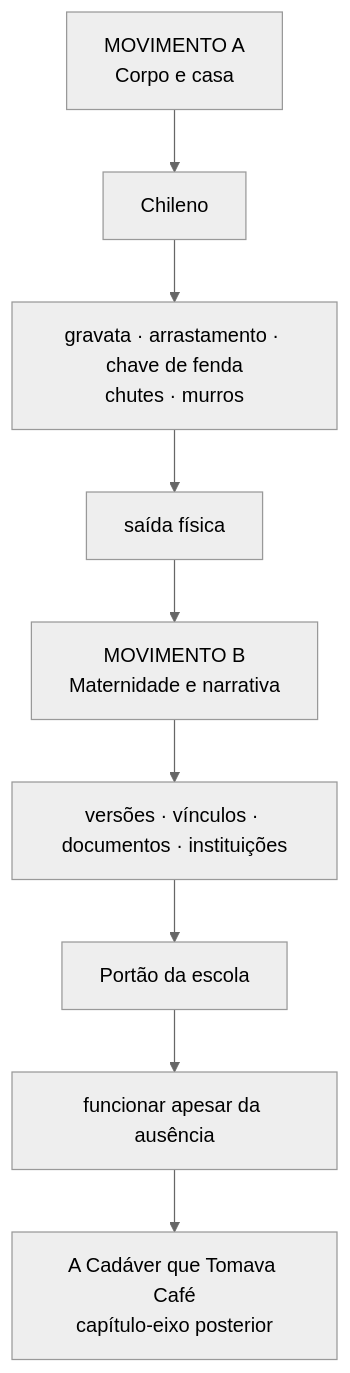
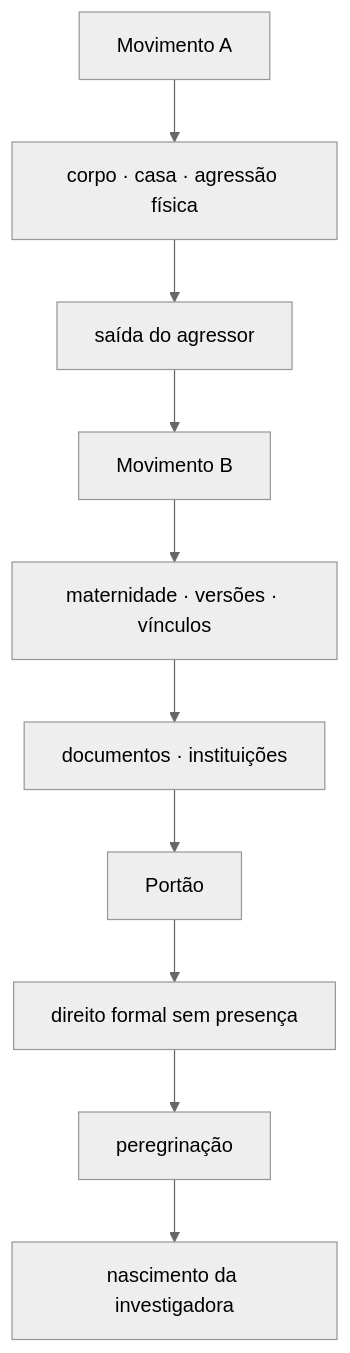
Before and after one commit to Sollimastudio/trilogia-sol-lima: the fourth of 5 diagrams in 01_MORTE_EM_VIDA/MAPA_VISUAL_PARTE_III_ATUAL.md, drawn with Mermaid (neutral theme). The commit also changed other lines of this file, not shown here.

````diff
--- a/01_MORTE_EM_VIDA/MAPA_VISUAL_PARTE_III_ATUAL.md
+++ b/01_MORTE_EM_VIDA/MAPA_VISUAL_PARTE_III_ATUAL.md
@@ -39,11 +46,12 @@
 ```mermaid
 flowchart TD
-A[MOVIMENTO A\nCorpo e casa] --> B[Chileno]
-B --> C[gravata · arrastamento · chave de fenda\nchutes · murros]
-C --> D[saída física]
-D --> E[MOVIMENTO B\nMaternidade e narrativa]
-E --> F[versões · vínculos · documentos · instituições]
-F --> G[Portão da escola]
-G --> H[funcionar apesar da ausência]
-H --> I[A Cadáver que Tomava Café\ncapítulo-eixo posterior]
+A[Movimento A] --> B[corpo · casa · agressão física]
+B --> C[saída do agressor]
+C --> D[Movimento B]
+D --> E[maternidade · versões · vínculos]
+E --> F[documentos · instituições]
+F --> G[Portão]
+G --> H[direito formal sem presença]
+H --> I[peregrinação]
+I --> J[nascimento da investigadora]
 ```
````
